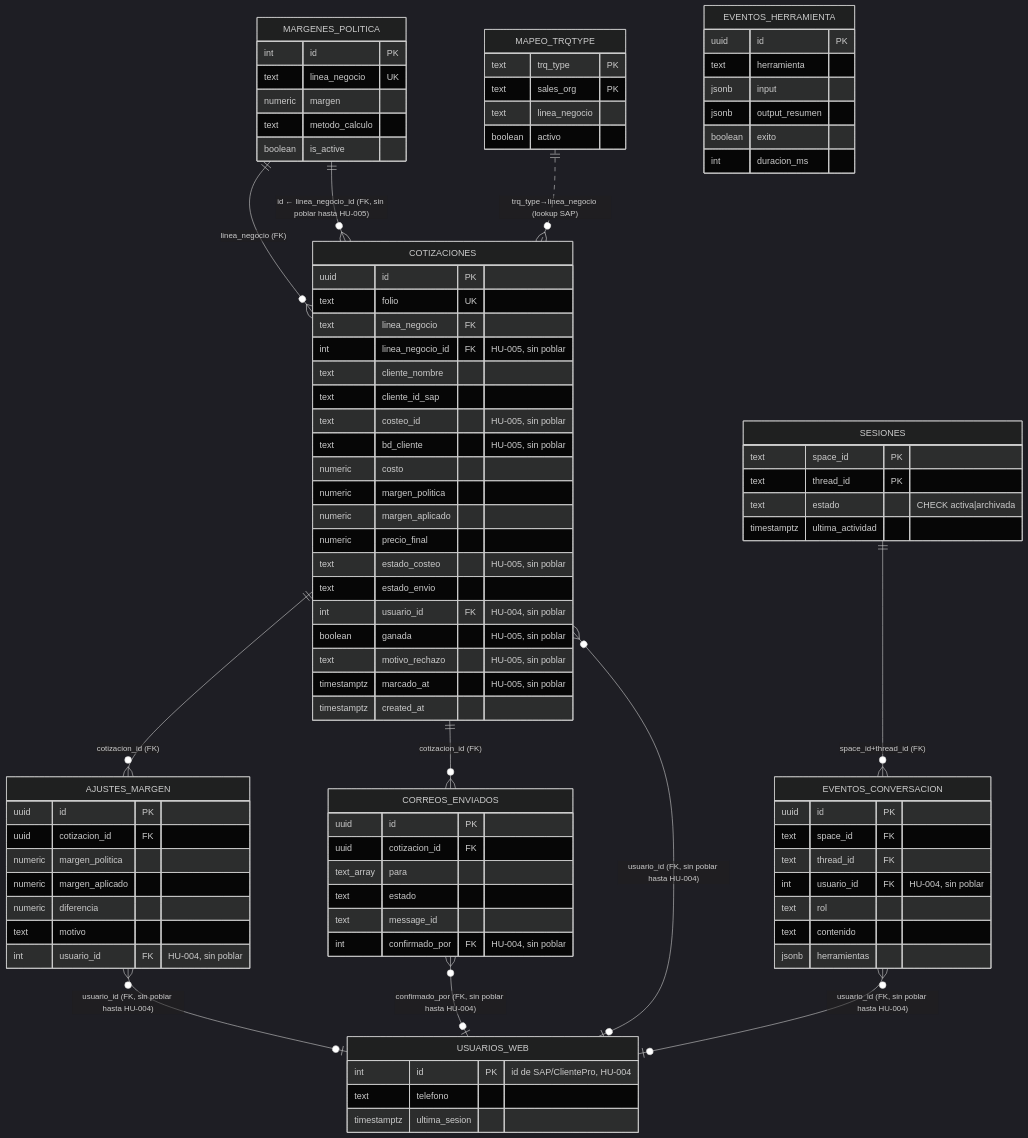
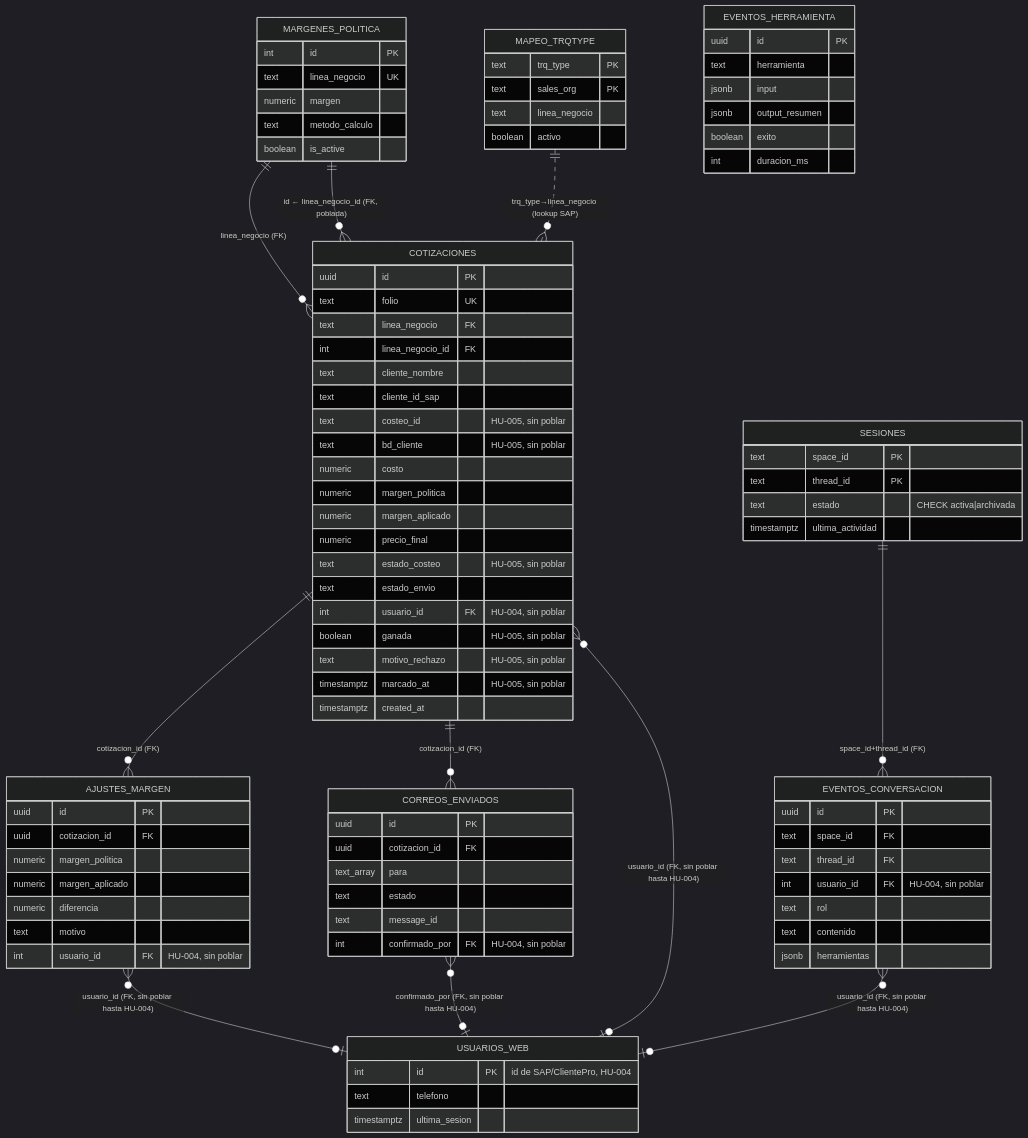
The diagram in BASE_DE_DATOS.md (InnovacionIA-proyectos/Cotifly), drawn with Mermaid (dark theme) before and after one commit. The commit also changed other lines of this file and 6 other files, not shown here.

First line of the commit message:
Refactor database schema and backfill data for `linea_negocio_id`

```diff
--- a/BASE_DE_DATOS.md
+++ b/BASE_DE_DATOS.md
@@ -41,14 +41,14 @@
     CORREOS_ENVIADOS }o--o| USUARIOS_WEB : "confirmado_por (FK, sin poblar hasta HU-004)"
     SESIONES ||--o{ EVENTOS_CONVERSACION : "space_id+thread_id (FK)"
     MARGENES_POLITICA ||--o{ COTIZACIONES : "linea_negocio (FK)"
-    MARGENES_POLITICA ||--o{ COTIZACIONES : "id ← linea_negocio_id (FK, sin poblar hasta HU-005)"
+    MARGENES_POLITICA ||--o{ COTIZACIONES : "id ← linea_negocio_id (FK, poblada)"
     MAPEO_TRQTYPE ||..o{ COTIZACIONES : "trq_type→linea_negocio (lookup SAP)"
 
     COTIZACIONES {
         uuid id PK
         text folio UK
         text linea_negocio FK
-        int linea_negocio_id FK "HU-005, sin poblar"
+        int linea_negocio_id FK
         text cliente_nombre
         text cliente_id_sap
         text costeo_id "HU-005, sin poblar"
```
